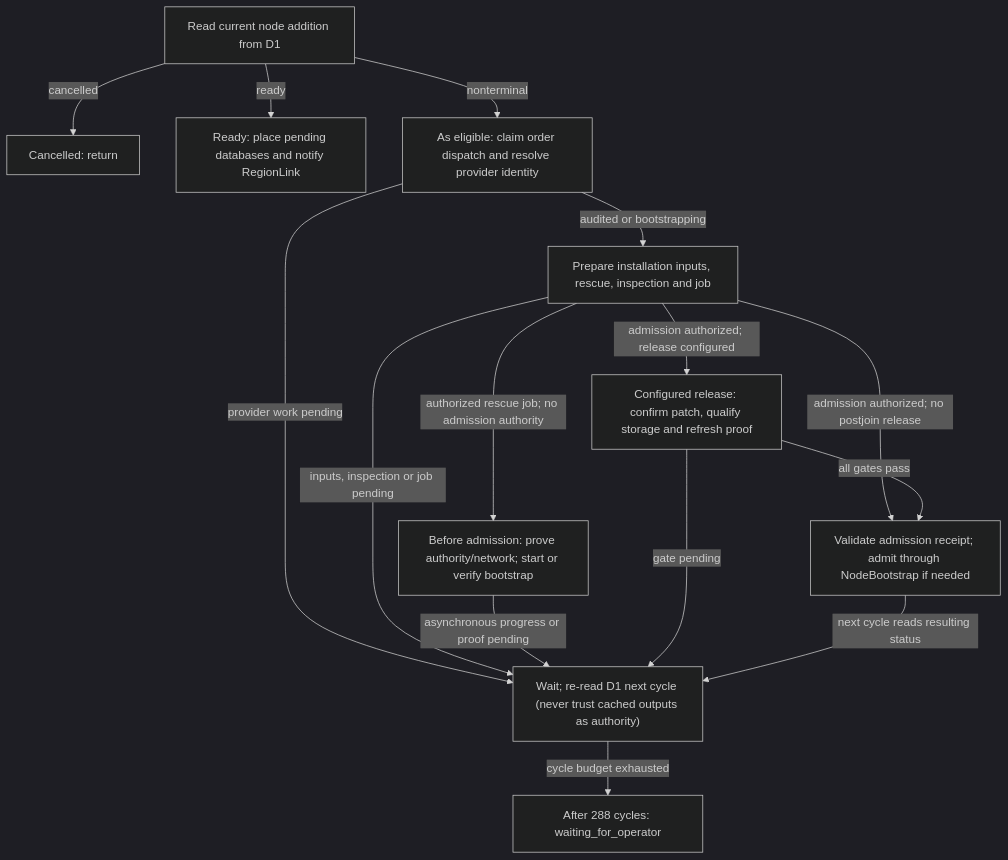
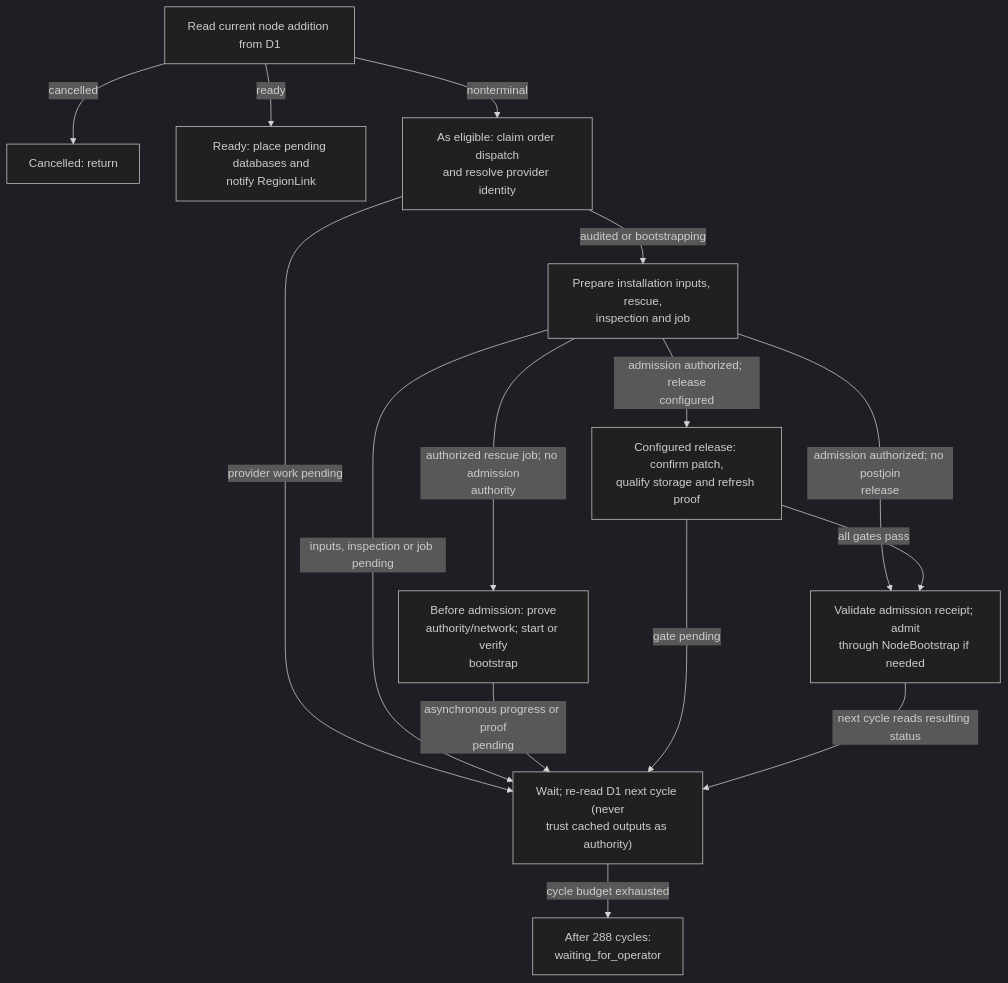
Before and after one commit to amerged-org/cloudflare-postgres: the diagram in docs/architecture/mermaider/add-node.mmd, drawn with Mermaid (dark theme). The commit also changed 15 other files, not shown here.

First line of the commit message:
docs: regenerate architecture diagrams with Mermaider 0.1.1

```diff
--- a/docs/architecture/mermaider/add-node.mmd
+++ b/docs/architecture/mermaider/add-node.mmd
@@ -1,25 +1,25 @@
 flowchart TD
     n_98d16e133cfc["Read current node addition from D1"]
     n_05cae6515ea2["Cancelled: return"]
-    n_f6c7e8a30e85["Ready: place pending databases and notify RegionLink"]
-    n_a67701fc2401["As eligible: claim order dispatch and resolve provider identity"]
-    n_7702b1130af3["Prepare installation inputs, rescue, inspection and job"]
-    n_17ae6f100820["Before admission: prove authority/network; start or verify bootstrap"]
-    n_5c15400744d9["Configured release: confirm patch, qualify storage and refresh proof"]
-    n_0adfcd24c2f2["Validate admission receipt; admit through NodeBootstrap if needed"]
-    n_5a534632ead6["Wait; re-read D1 next cycle (never trust cached outputs as authority)"]
-    n_14a2f70a9191["After 288 cycles: waiting_for_operator"]
+    n_f6c7e8a30e85["Ready: place pending databases and<br/>notify RegionLink"]
+    n_a67701fc2401["As eligible: claim order dispatch<br/>and resolve provider identity"]
+    n_7702b1130af3["Prepare installation inputs, rescue,<br/>inspection and job"]
+    n_17ae6f100820["Before admission: prove<br/>authority/network; start or verify<br/>bootstrap"]
+    n_5c15400744d9["Configured release: confirm patch,<br/>qualify storage and refresh proof"]
+    n_0adfcd24c2f2["Validate admission receipt; admit<br/>through NodeBootstrap if needed"]
+    n_5a534632ead6["Wait; re-read D1 next cycle (never<br/>trust cached outputs as authority)"]
+    n_14a2f70a9191["After 288 cycles:<br/>waiting_for_operator"]
     n_98d16e133cfc -->|"cancelled"| n_05cae6515ea2
     n_98d16e133cfc -->|"ready"| n_f6c7e8a30e85
     n_98d16e133cfc -->|"nonterminal"| n_a67701fc2401
     n_a67701fc2401 -->|"audited or bootstrapping"| n_7702b1130af3
     n_a67701fc2401 -->|"provider work pending"| n_5a534632ead6
-    n_7702b1130af3 -->|"authorized rescue job; no admission authority"| n_17ae6f100820
-    n_7702b1130af3 -->|"admission authorized; release configured"| n_5c15400744d9
-    n_7702b1130af3 -->|"admission authorized; no postjoin release"| n_0adfcd24c2f2
+    n_7702b1130af3 -->|"authorized rescue job; no admission<br/>authority"| n_17ae6f100820
+    n_7702b1130af3 -->|"admission authorized; release<br/>configured"| n_5c15400744d9
+    n_7702b1130af3 -->|"admission authorized; no postjoin<br/>release"| n_0adfcd24c2f2
     n_7702b1130af3 -->|"inputs, inspection or job pending"| n_5a534632ead6
-    n_17ae6f100820 -->|"asynchronous progress or proof pending"| n_5a534632ead6
+    n_17ae6f100820 -->|"asynchronous progress or proof<br/>pending"| n_5a534632ead6
     n_5c15400744d9 -->|"all gates pass"| n_0adfcd24c2f2
     n_5c15400744d9 -->|"gate pending"| n_5a534632ead6
     n_0adfcd24c2f2 -->|"next cycle reads resulting status"| n_5a534632ead6
     n_5a534632ead6 -->|"cycle budget exhausted"| n_14a2f70a9191
```
